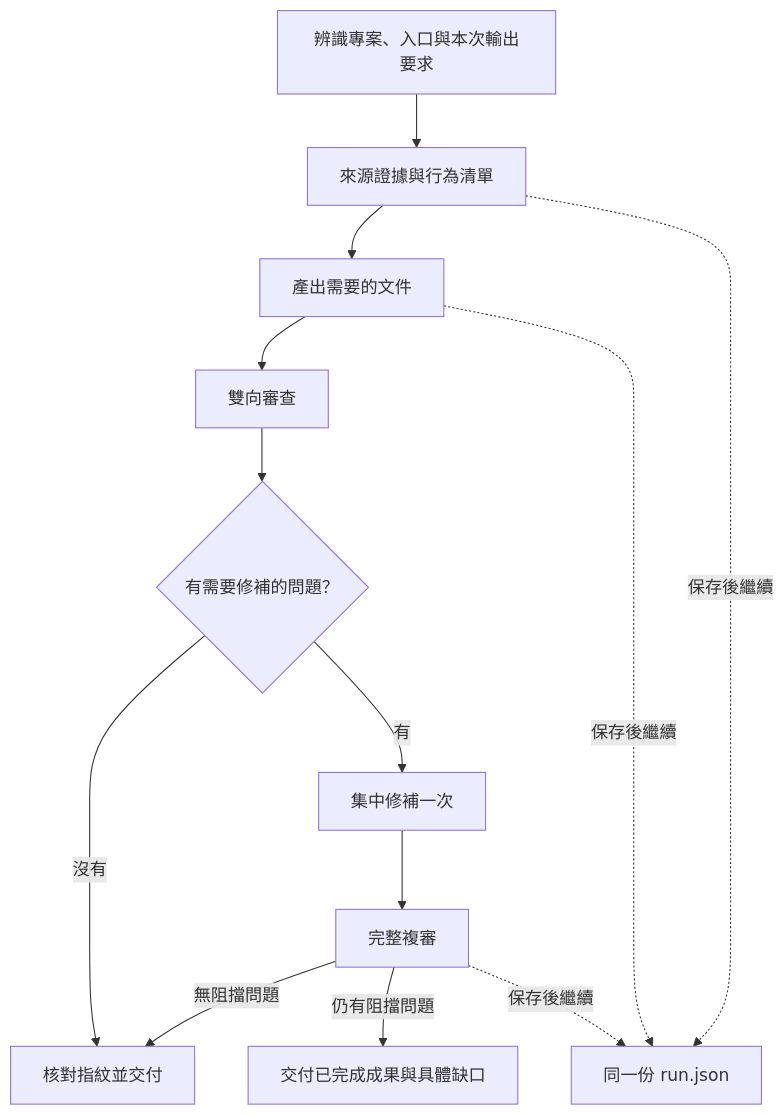
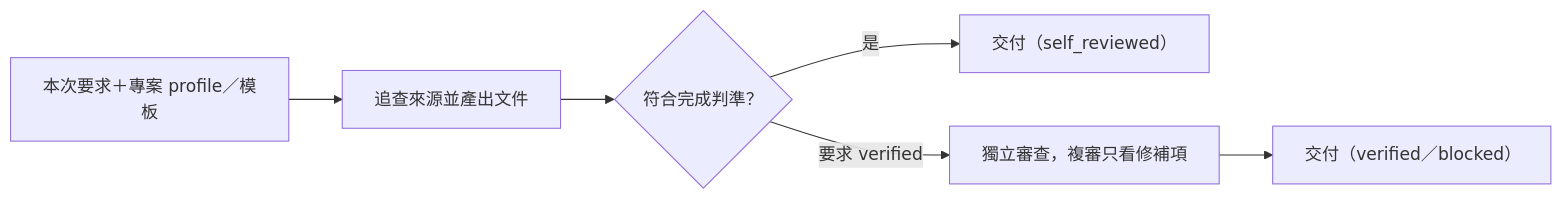
One commit to jin576tw/code-analysis-package changed the diagram in README.md. Above: the diagram before and after it, drawn with Mermaid. The commit also changed other lines of this file and 12 other files, not shown here.

````diff
--- a/README.md
+++ b/README.md
@@ -19,15 +19,8 @@
 ```mermaid
-flowchart TD
-    A["辨識專案、入口與本次輸出要求"] --> B["來源證據與行為清單"]
-    B --> C["產出需要的文件"]
-    C --> D["雙向審查"]
-    D --> E{"有需要修補的問題？"}
-    E -->|沒有| H["核對指紋並交付"]
-    E -->|有| F["集中修補一次"]
-    F --> G["完整複審"]
-    G -->|無阻擋問題| H
-    G -->|仍有阻擋問題| I["交付已完成成果與具體缺口"]
-    B -. 保存後繼續 .-> J["同一份 run.json"]
-    C -. 保存後繼續 .-> J
-    G -. 保存後繼續 .-> J
+flowchart LR
+    A["本次要求＋專案 profile／模板"] --> B["追查來源並產出文件"]
+    B --> C{"符合完成判準？"}
+    C -->|是| D["交付（self_reviewed）"]
+    C -->|要求 verified| E["獨立審查，複審只看修補項"]
+    E --> F["交付（verified／blocked）"]
 ```
````
